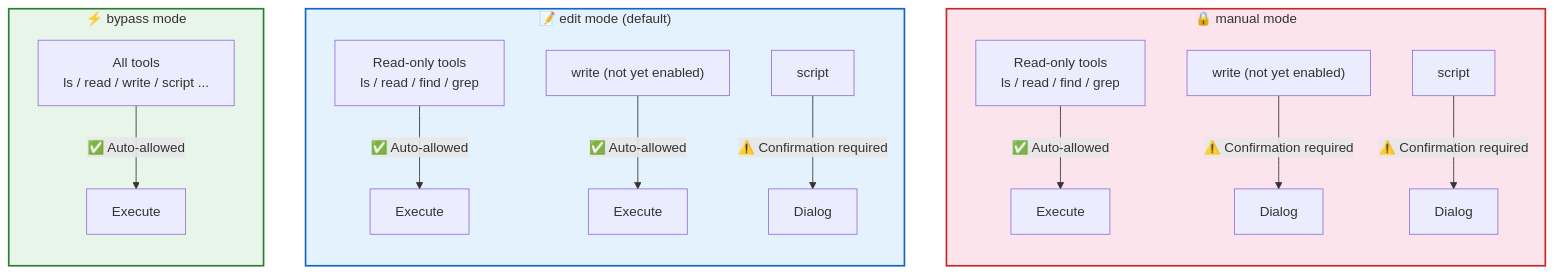
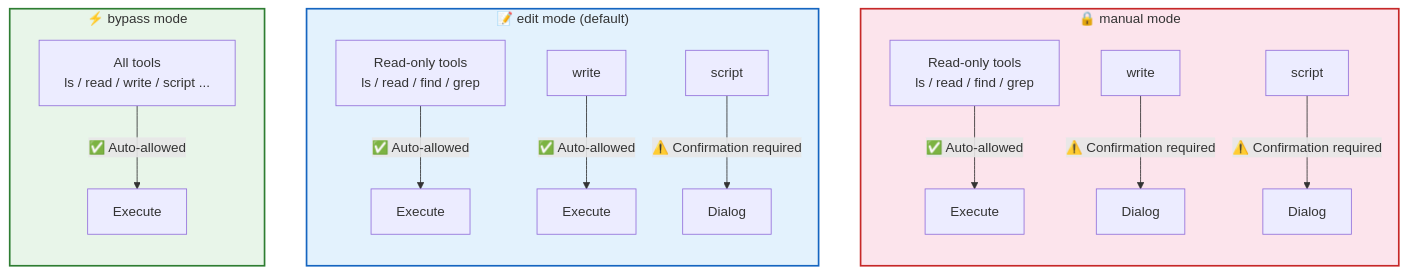
One commit to rtc-agent/docs changed the second of 5 diagrams in src/content/docs/en/concepts/work-modes.md. Above: the diagram before and after it, drawn with Mermaid. The commit also changed other lines of this file and 3 other files, not shown here.

````diff
--- a/src/content/docs/en/concepts/work-modes.md
+++ b/src/content/docs/en/concepts/work-modes.md
@@ -45,25 +43,25 @@
 ```mermaid
 flowchart TD
     subgraph MANUAL["🔒 manual mode"]
         direction TB
         M1["Read-only tools<br/>ls / read / find / grep"] -->|"✅ Auto-allowed"| M1R["Execute"]
-        M2["write (not yet enabled)"] -->|"⚠️ Confirmation required"| M2R["Dialog"]
+        M2["write"] -->|"⚠️ Confirmation required"| M2R["Dialog"]
         M3["script"] -->|"⚠️ Confirmation required"| M3R["Dialog"]
     end
 
     subgraph EDIT["📝 edit mode (default)"]
         direction TB
         E1["Read-only tools<br/>ls / read / find / grep"] -->|"✅ Auto-allowed"| E1R["Execute"]
-        E2["write (not yet enabled)"] -->|"✅ Auto-allowed"| E2R["Execute"]
+        E2["write"] -->|"✅ Auto-allowed"| E2R["Execute"]
         E3["script"] -->|"⚠️ Confirmation required"| E3R["Dialog"]
     end
 
     subgraph BYPASS["⚡ bypass mode"]
         direction TB
         B1["All tools<br/>ls / read / write / script ..."] -->|"✅ Auto-allowed"| B1R["Execute"]
     end
 
     style MANUAL fill:#fce4ec,stroke:#c62828,stroke-width:2px
     style EDIT fill:#e3f2fd,stroke:#1565c0,stroke-width:2px
     style BYPASS fill:#e8f5e9,stroke:#2e7d32,stroke-width:2px
 ```
````
